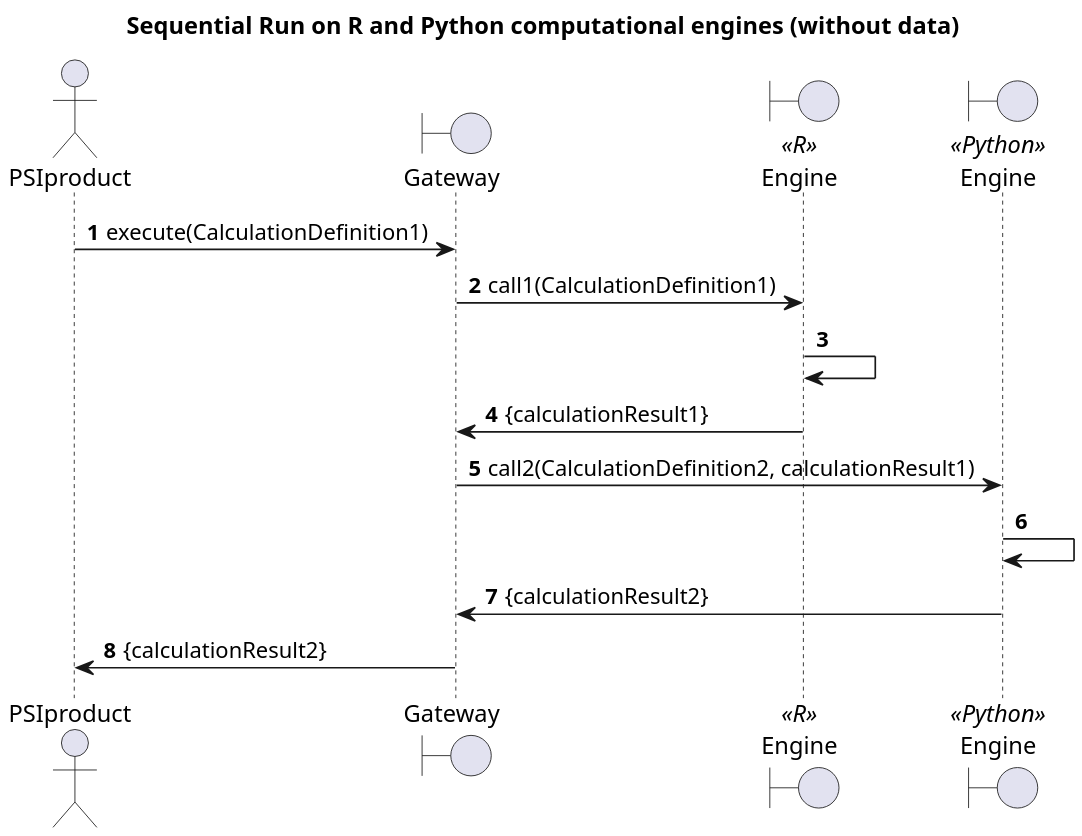
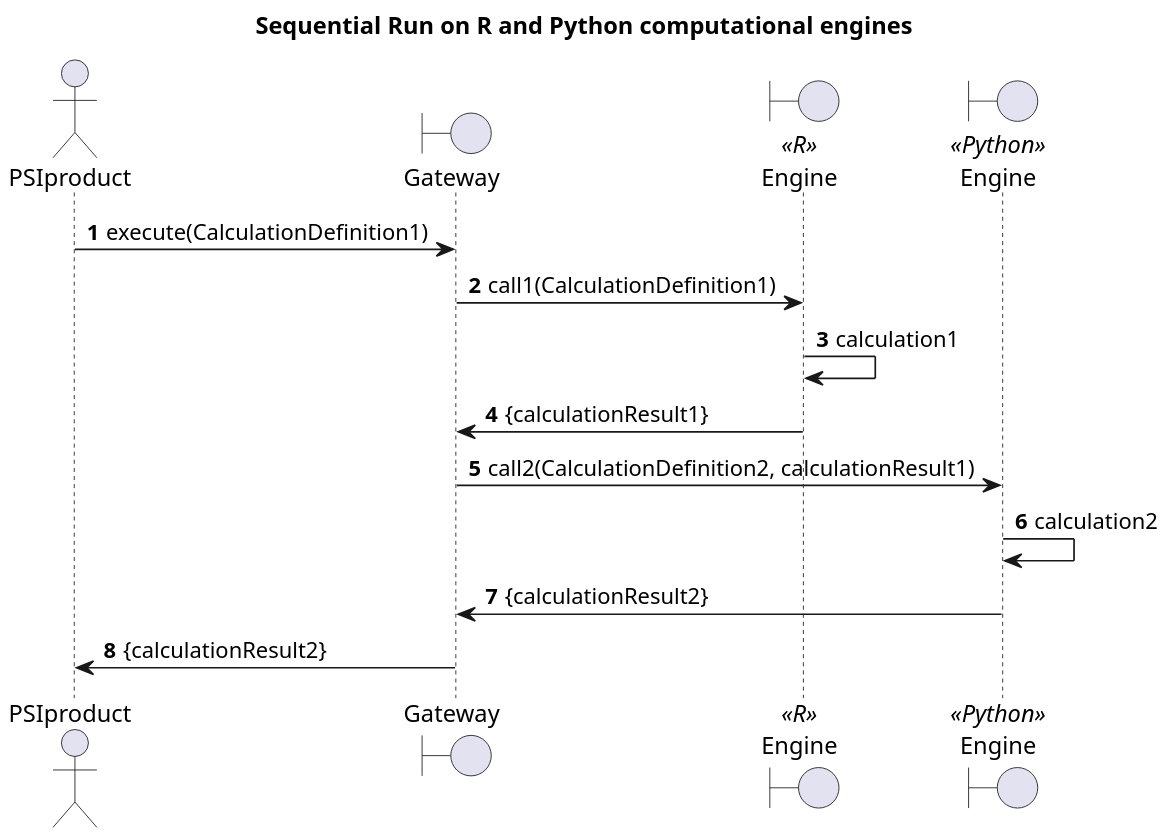
The diagram in doc/useCases/4.0 definitionSequentialRuns.plantuml (PSI-Polska/aaas-java6), drawn with PlantUML before and after one commit.

Commit message:
correction

```diff
--- a/doc/useCases/4.0 definitionSequentialRuns.plantuml
+++ b/doc/useCases/4.0 definitionSequentialRuns.plantuml
@@ -1,22 +1,22 @@
 @startuml
 skinparam dpi 200
 
-title Sequential Run on R and Python computational engines (without data)
+title Sequential Run on R and Python computational engines
 
 actor PSIproduct
 boundary Gateway
 boundary Engine as Engine1 <<R>>
 boundary Engine as Engine2 <<Python>>
 
 ' TODO what with scenarios when there is no data passed but for eg. TS is returned?
 
 autonumber
 PSIproduct -> Gateway: execute(CalculationDefinition1)
 Gateway -> Engine1: call1(CalculationDefinition1)
-Engine1 -> Engine1
+Engine1 -> Engine1: calculation1
 Engine1 -> Gateway: {calculationResult1}
 Gateway -> Engine2: call2(CalculationDefinition2, calculationResult1)
-Engine2 -> Engine2
+Engine2 -> Engine2: calculation2
 Engine2 -> Gateway: {calculationResult2}
 Gateway -> PSIproduct: {calculationResult2}
 @enduml
```
